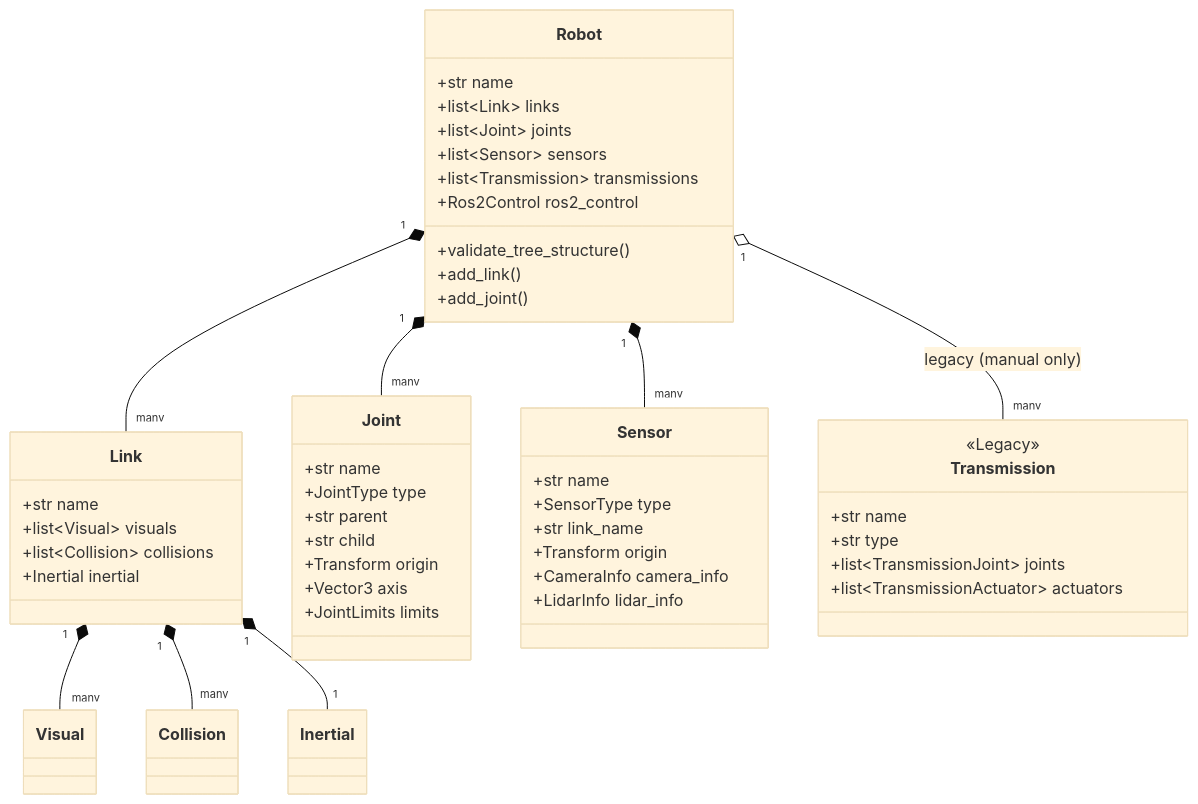
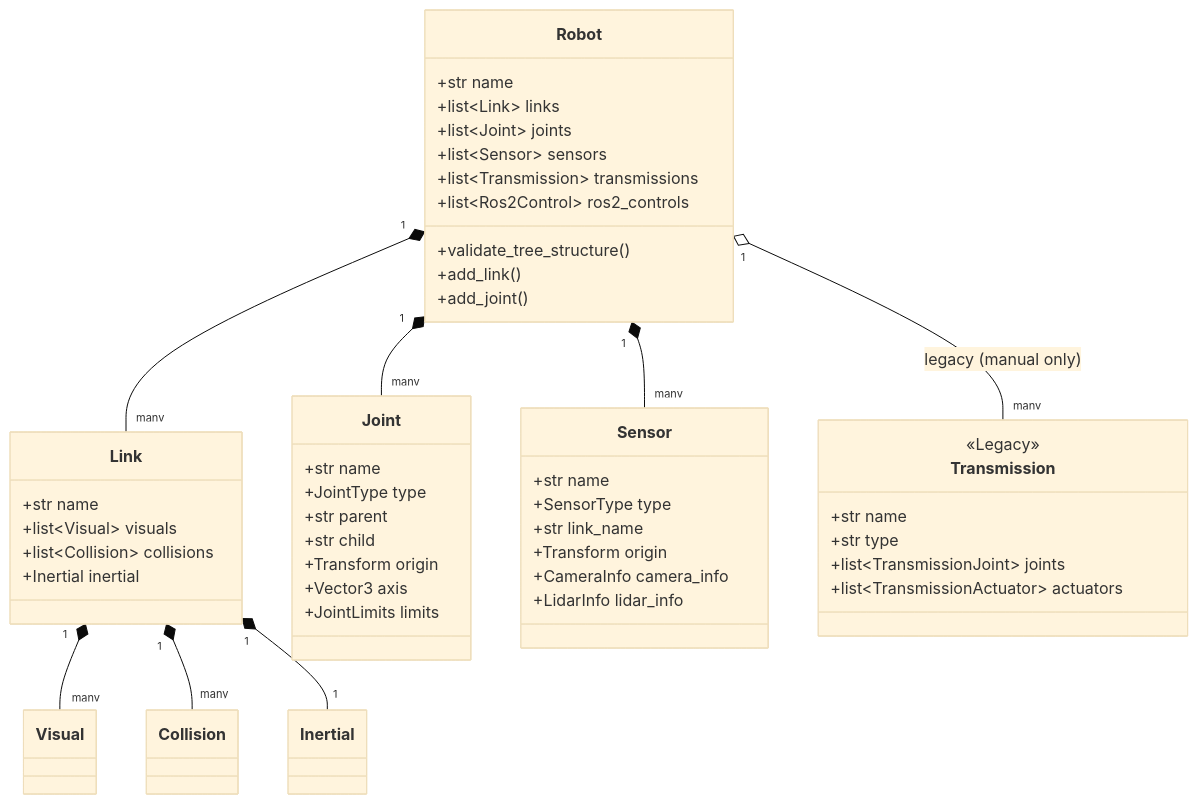
Before and after one commit to arounamounchili/linkforge: the sixth of 8 diagrams in ARCHITECTURE.md, drawn with Mermaid (base theme). The commit also changed other lines of this file, not shown here.

Commit message:
docs(architecture): verify and fix file references and class diagrams

````diff
--- a/ARCHITECTURE.md
+++ b/ARCHITECTURE.md
@@ -202,56 +202,56 @@
 ```mermaid
 classDiagram
     class Robot {
         +str name
         +list~Link~ links
         +list~Joint~ joints
         +list~Sensor~ sensors
         +list~Transmission~ transmissions
-        +Ros2Control ros2_control
+        +list~Ros2Control~ ros2_controls
         +validate_tree_structure()
         +add_link()
         +add_joint()
     }
 
     class Link {
         +str name
         +list~Visual~ visuals
         +list~Collision~ collisions
         +Inertial inertial
     }
 
     class Joint {
         +str name
         +JointType type
         +str parent
         +str child
         +Transform origin
         +Vector3 axis
         +JointLimits limits
     }
 
     class Sensor {
         +str name
         +SensorType type
         +str link_name
         +Transform origin
         +CameraInfo camera_info
         +LidarInfo lidar_info
     }
 
     class Transmission {
         <<Legacy>>
         +str name
         +str type
         +list~TransmissionJoint~ joints
         +list~TransmissionActuator~ actuators
     }
 
     Robot "1" *-- "many" Link
     Robot "1" *-- "many" Joint
     Robot "1" *-- "many" Sensor
     Robot "1" o-- "many" Transmission : legacy (manual only)
     Link "1" *-- "many" Visual
     Link "1" *-- "many" Collision
     Link "1" *-- "1" Inertial
 ```
````
